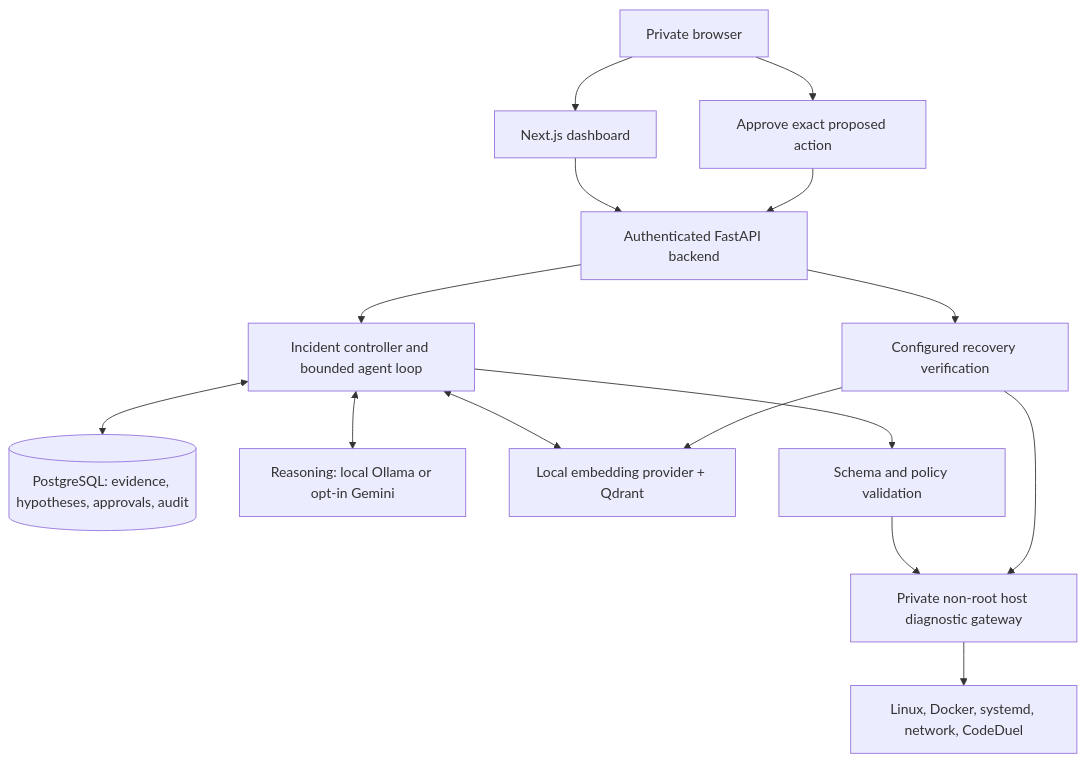
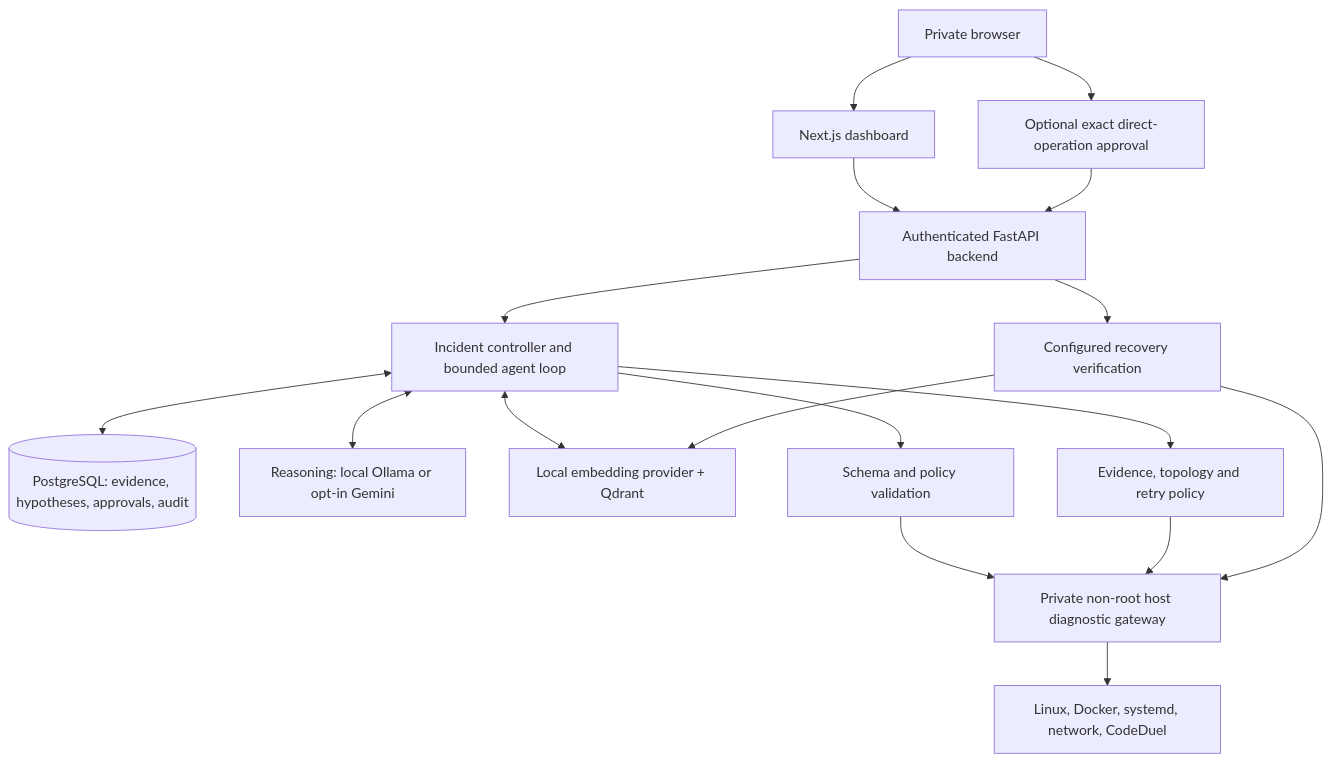
The diagram in README.md (Parthmudgal15105/HomeAiAgent), drawn with Mermaid before and after one commit. The commit also changed other lines of this file and 38 other files, not shown here.

````diff
--- a/README.md
+++ b/README.md
@@ -9,17 +17,19 @@
 ```mermaid
 flowchart TD
   Browser[Private browser] --> Frontend[Next.js dashboard]
   Frontend --> API[Authenticated FastAPI backend]
   API --> Controller[Incident controller and bounded agent loop]
   Controller <--> DB[(PostgreSQL: evidence, hypotheses, approvals, audit)]
   Controller <--> LLM[Reasoning: local Ollama or opt-in Gemini]
   Controller <--> RAG[Local embedding provider + Qdrant]
   Controller --> Tools[Schema and policy validation]
   Tools --> Gateway[Private non-root host diagnostic gateway]
   Gateway --> Host[Linux, Docker, systemd, network, CodeDuel]
-  Browser --> Approval[Approve exact proposed action]
+  Controller --> Policy[Evidence, topology and retry policy]
+  Policy --> Gateway
+  Browser --> Approval[Optional exact direct-operation approval]
   Approval --> API
   API --> Verify[Configured recovery verification]
   Verify --> Gateway
   Verify --> RAG
 ```
````
